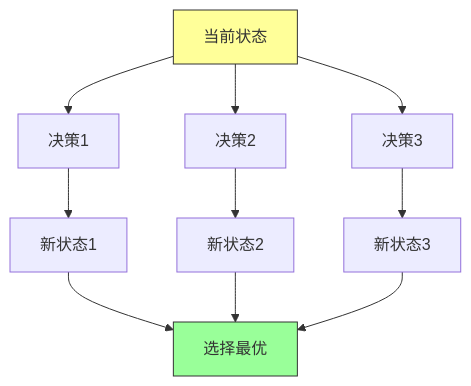
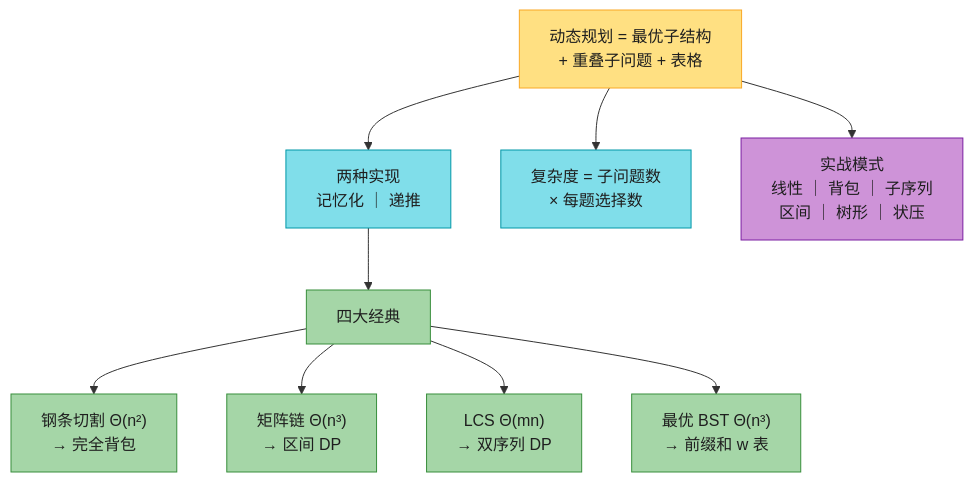
Before and after one commit to socoo123/book_reading: diagram 11 of 11 in IntroductionToAlgorithms/Chapter14_动态规划_深度版.md, drawn with Mermaid. The commit also changed other lines of this file and 30 other files, not shown here.

````diff
--- a/IntroductionToAlgorithms/Chapter14_动态规划_深度版.md
+++ b/IntroductionToAlgorithms/Chapter14_动态规划_深度版.md
@@ -1319,17 +1541,20 @@
 ```mermaid
 flowchart TD
-    A["当前状态"] --> B["决策1"]
-    A --> C["决策2"]
-    A --> D["决策3"]
+    A["动态规划 = 最优子结构<br/>+ 重叠子问题 + 表格"] --> B["两种实现<br/>记忆化 ｜ 递推"]
+    A --> C["复杂度 = 子问题数<br/>× 每题选择数"]
+    B --> D["四大经典"]
+    D --> E["钢条切割 Θ(n²)<br/>→ 完全背包"]
+    D --> F["矩阵链 Θ(n³)<br/>→ 区间 DP"]
+    D --> G["LCS Θ(mn)<br/>→ 双序列 DP"]
+    D --> H["最优 BST Θ(n³)<br/>→ 前缀和 w 表"]
+    A --> I["实战模式<br/>线性 ｜ 背包 ｜ 子序列<br/>区间 ｜ 树形 ｜ 状压"]
 
-    B --> E["新状态1"]
-    C --> F["新状态2"]
-    D --> G["新状态3"]
-
-    E --> H["选择最优"]
-    F --> H
-    G --> H
-
-    style A fill:#ffff99,stroke:#333
-    style H fill:#99ff99,stroke:#333
+    classDef core fill:#FFE082,stroke:#F9A825,color:#1f1f1f
+    classDef impl fill:#80DEEA,stroke:#0097A7,color:#1f1f1f
+    classDef classic fill:#A5D6A7,stroke:#388E3C,color:#1f1f1f
+    classDef battle fill:#CE93D8,stroke:#7B1FA2,color:#1f1f1f
+    class A core
+    class B,C impl
+    class D,E,F,G,H classic
+    class I battle
 ```
````
